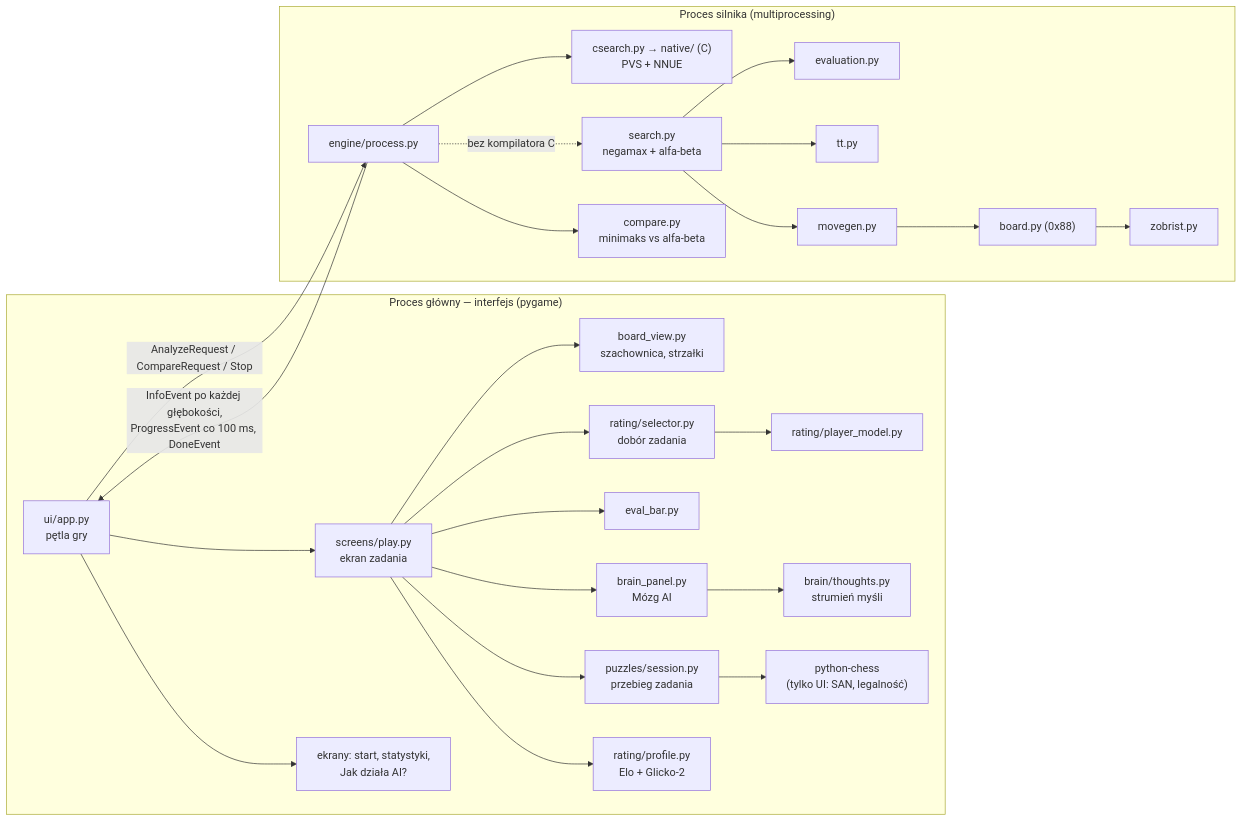
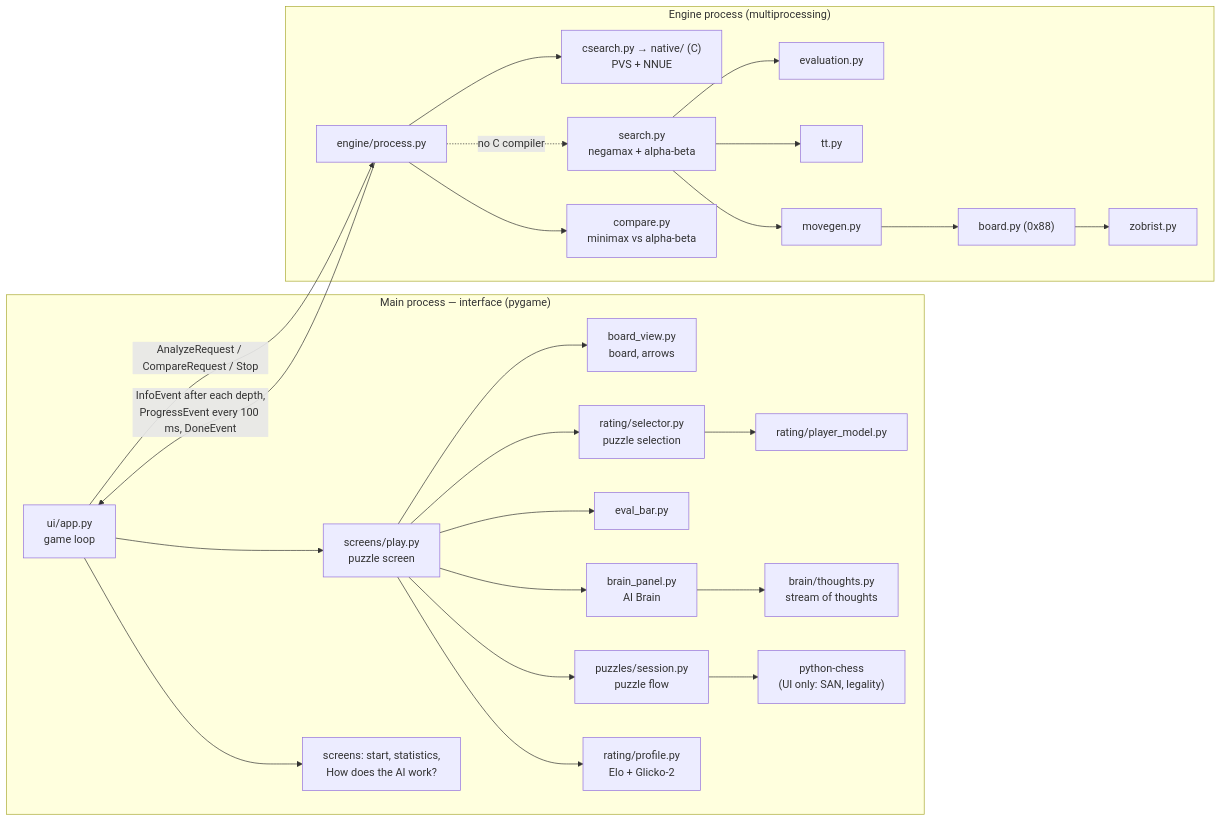
Before and after one commit to Snolfed/tacticmind: the first of 2 diagrams in README.md, drawn with Mermaid. The commit also changed other lines of this file and 155 other files, not shown here.

````diff
--- a/README.md
+++ b/README.md
@@ -298,28 +299,28 @@
 ```mermaid
 flowchart LR
-    subgraph UI["Proces główny — interfejs (pygame)"]
-        App["ui/app.py<br/>pętla gry"] --> Play["screens/play.py<br/>ekran zadania"]
-        App --> Other["ekrany: start, statystyki,<br/>Jak działa AI?"]
-        Play --> BoardView["board_view.py<br/>szachownica, strzałki"]
-        Play --> Brain["brain_panel.py<br/>Mózg AI"]
+    subgraph UI["Main process — interface (pygame)"]
+        App["ui/app.py<br/>game loop"] --> Play["screens/play.py<br/>puzzle screen"]
+        App --> Other["screens: start, statistics,<br/>How does the AI work?"]
+        Play --> BoardView["board_view.py<br/>board, arrows"]
+        Play --> Brain["brain_panel.py<br/>AI Brain"]
         Play --> EvalBar["eval_bar.py"]
-        Play --> Session["puzzles/session.py<br/>przebieg zadania"]
-        Play --> Selector["rating/selector.py<br/>dobór zadania"]
+        Play --> Session["puzzles/session.py<br/>puzzle flow"]
+        Play --> Selector["rating/selector.py<br/>puzzle selection"]
         Selector --> Model["rating/player_model.py"]
         Play --> Profile["rating/profile.py<br/>Elo + Glicko-2"]
-        Brain --> Thoughts["brain/thoughts.py<br/>strumień myśli"]
-        Session --> PyChess["python-chess<br/>(tylko UI: SAN, legalność)"]
+        Brain --> Thoughts["brain/thoughts.py<br/>stream of thoughts"]
+        Session --> PyChess["python-chess<br/>(UI only: SAN, legality)"]
     end
-    subgraph ENG["Proces silnika (multiprocessing)"]
+    subgraph ENG["Engine process (multiprocessing)"]
         Proc["engine/process.py"] --> CSearch["csearch.py → native/ (C)<br/>PVS + NNUE"]
-        Proc -. "bez kompilatora C" .-> Search["search.py<br/>negamax + alfa-beta"]
-        Proc --> Compare["compare.py<br/>minimaks vs alfa-beta"]
+        Proc -. "no C compiler" .-> Search["search.py<br/>negamax + alpha-beta"]
+        Proc --> Compare["compare.py<br/>minimax vs alpha-beta"]
         Search --> Eval["evaluation.py"]
         Search --> TT["tt.py"]
         Search --> MoveGen["movegen.py"]
         MoveGen --> Board["board.py (0x88)"]
         Board --> Zobrist["zobrist.py"]
     end
     App -- "AnalyzeRequest / CompareRequest / Stop" --> Proc
-    Proc -- "InfoEvent po każdej głębokości,<br/>ProgressEvent co 100 ms, DoneEvent" --> App
+    Proc -- "InfoEvent after each depth,<br/>ProgressEvent every 100 ms, DoneEvent" --> App
 ```
````
